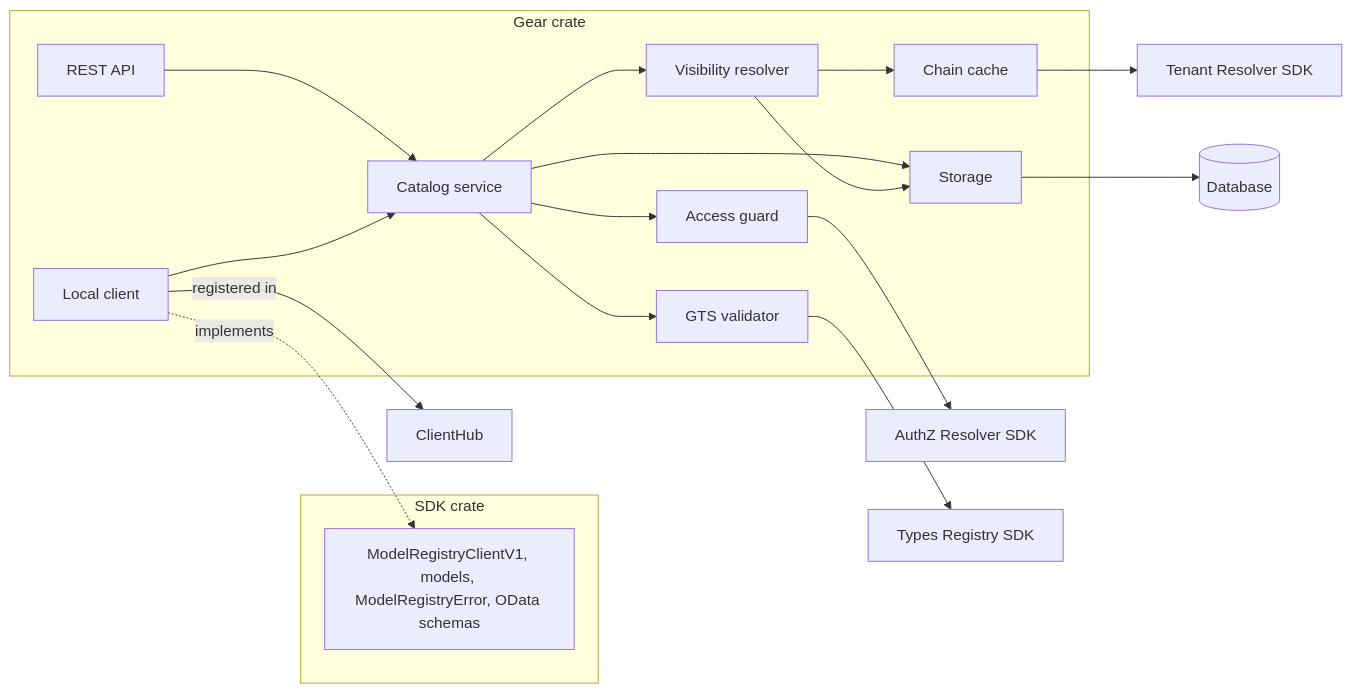
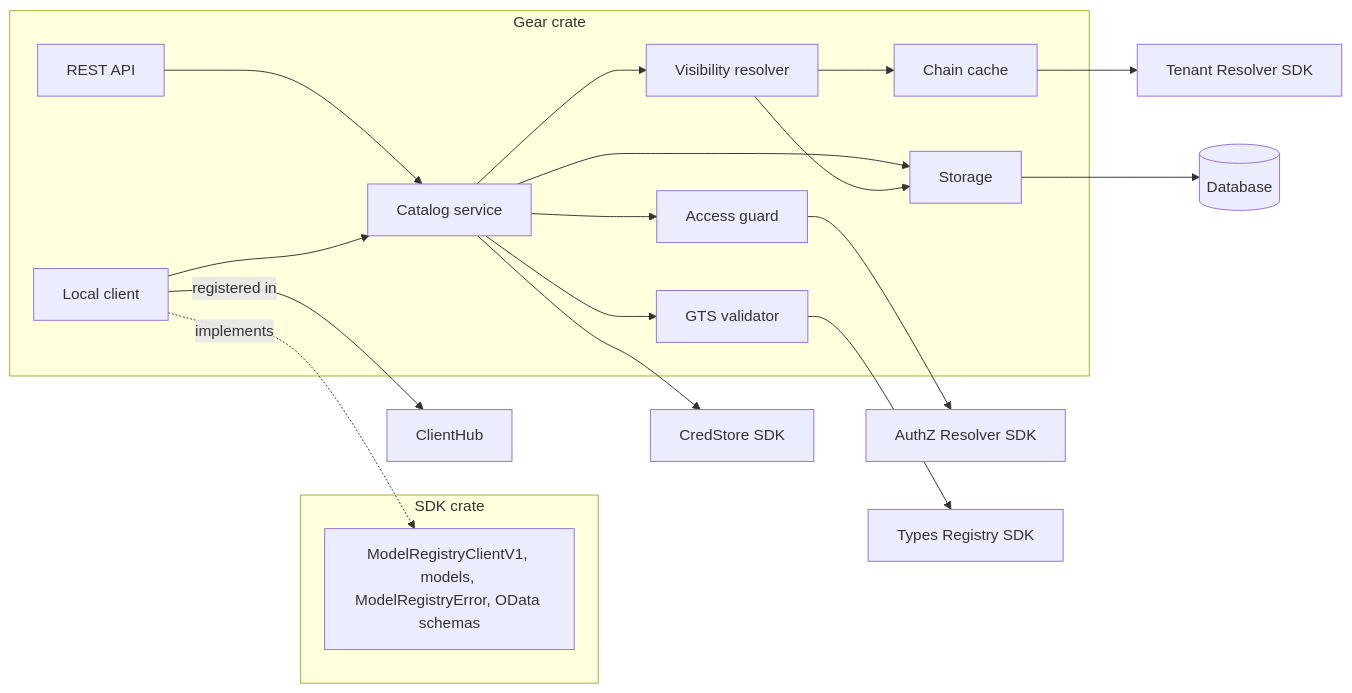
Before and after one commit to constructorfabric/gears-rust: the second of 9 diagrams in gears/model-registry/docs/DESIGN.md, drawn with Mermaid. The commit also changed other lines of this file and 5 other files, not shown here.

````diff
--- a/gears/model-registry/docs/DESIGN.md
+++ b/gears/model-registry/docs/DESIGN.md
@@ -422,36 +451,38 @@
 ```mermaid
 graph LR
     subgraph SDKC["SDK crate"]
         SDK["ModelRegistryClientV1, models, ModelRegistryError, OData schemas"]
     end
     subgraph GearC["Gear crate"]
         RESTC["REST API"]
         LC["Local client"]
         CS["Catalog service"]
         VR["Visibility resolver"]
         AGC["Access guard"]
         GVC["GTS validator"]
         CC["Chain cache"]
         ST["Storage"]
     end
     HUB["ClientHub"]
     TRS["Tenant Resolver SDK"]
     AZ["AuthZ Resolver SDK"]
     TYS["Types Registry SDK"]
+    CRSS["CredStore SDK"]
     DBS[("Database")]
 
     LC -.implements.-> SDK
     LC -->|registered in| HUB
     RESTC --> CS
     LC --> CS
     CS --> VR
     CS --> AGC
     CS --> GVC
+    CS --> CRSS
     CS --> ST
     VR --> CC
     VR --> ST
     CC --> TRS
     AGC --> AZ
     GVC --> TYS
     ST --> DBS
 ```
````
